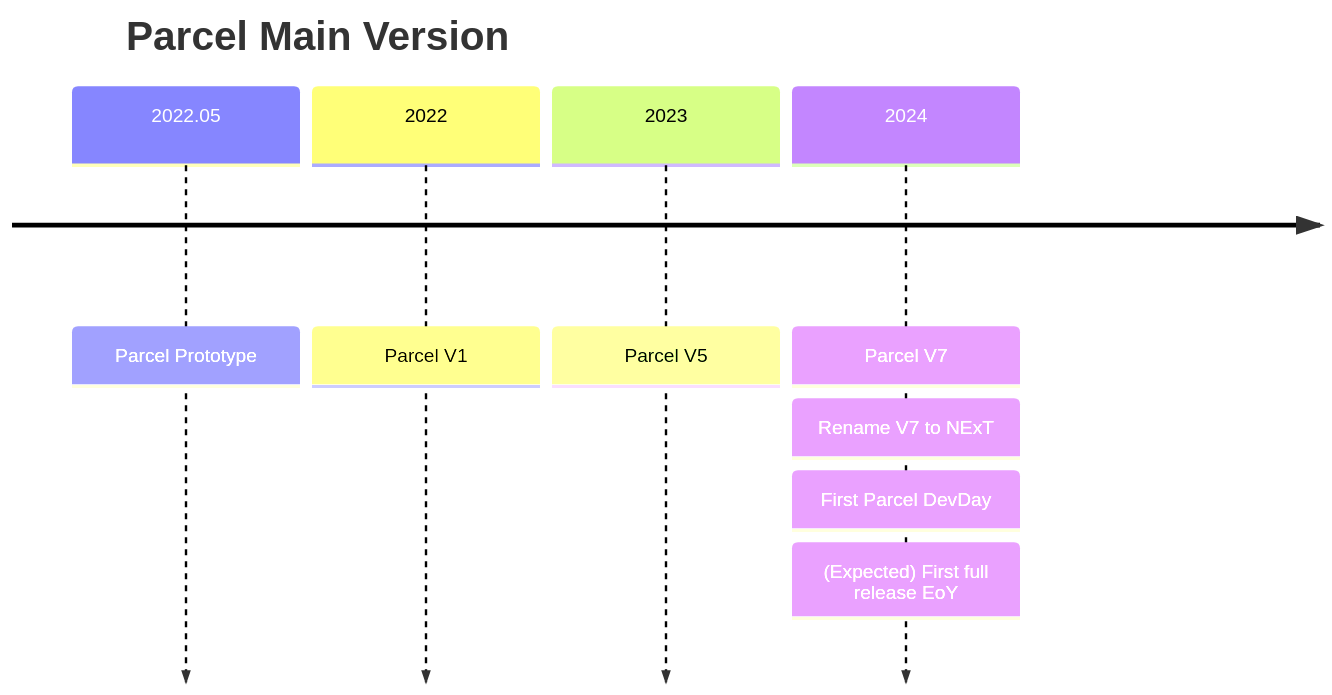
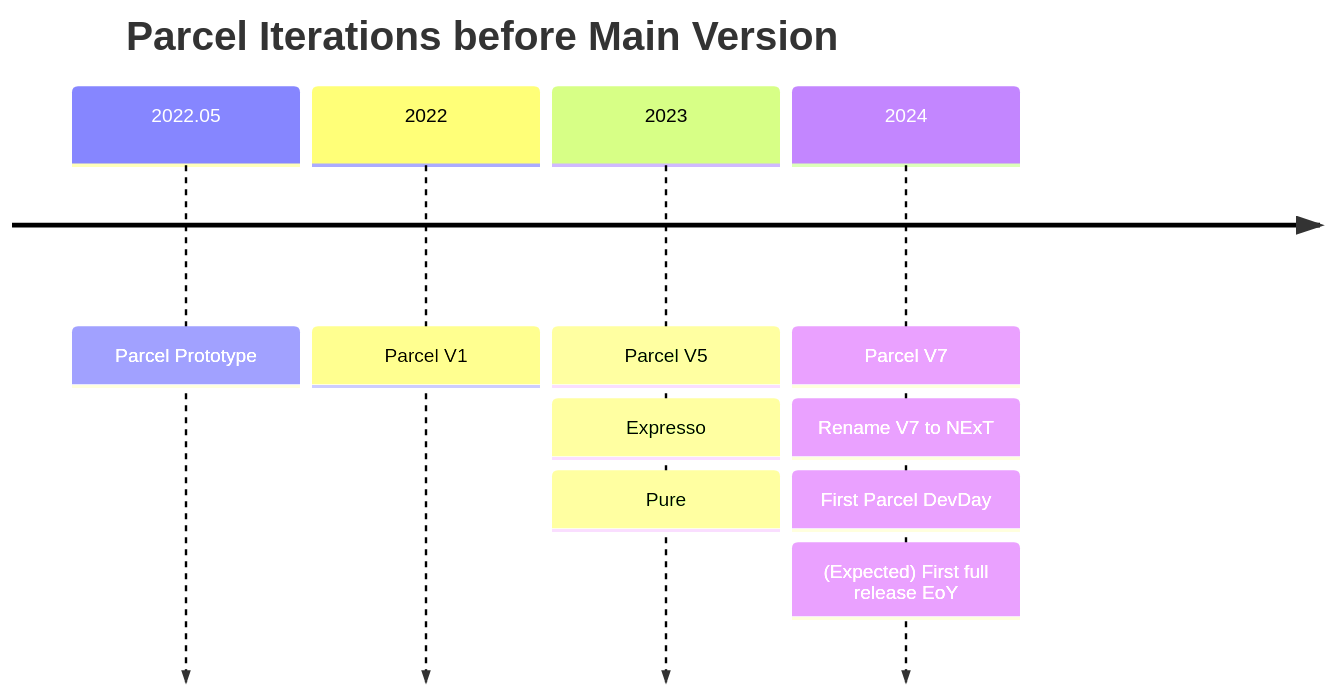
The diagram in profile/README.md (Methodox-Technologies/.github), drawn with Mermaid before and after one commit.

Commit message:
Update README.md
- Update timeline

````diff
--- a/profile/README.md
+++ b/profile/README.md
@@ -51,15 +51,17 @@
 ```mermaid
 timeline
-title Parcel Main Version
+title Parcel Iterations before Main Version
   2022.05
     : Parcel Prototype
   2022
     : Parcel V1
   2023
     : Parcel V5
+    : Expresso
+    : Pure
   2024
     : Parcel V7
     : Rename V7 to NExT
     : First Parcel DevDay
     : (Expected) First full release EoY
 ```
````
